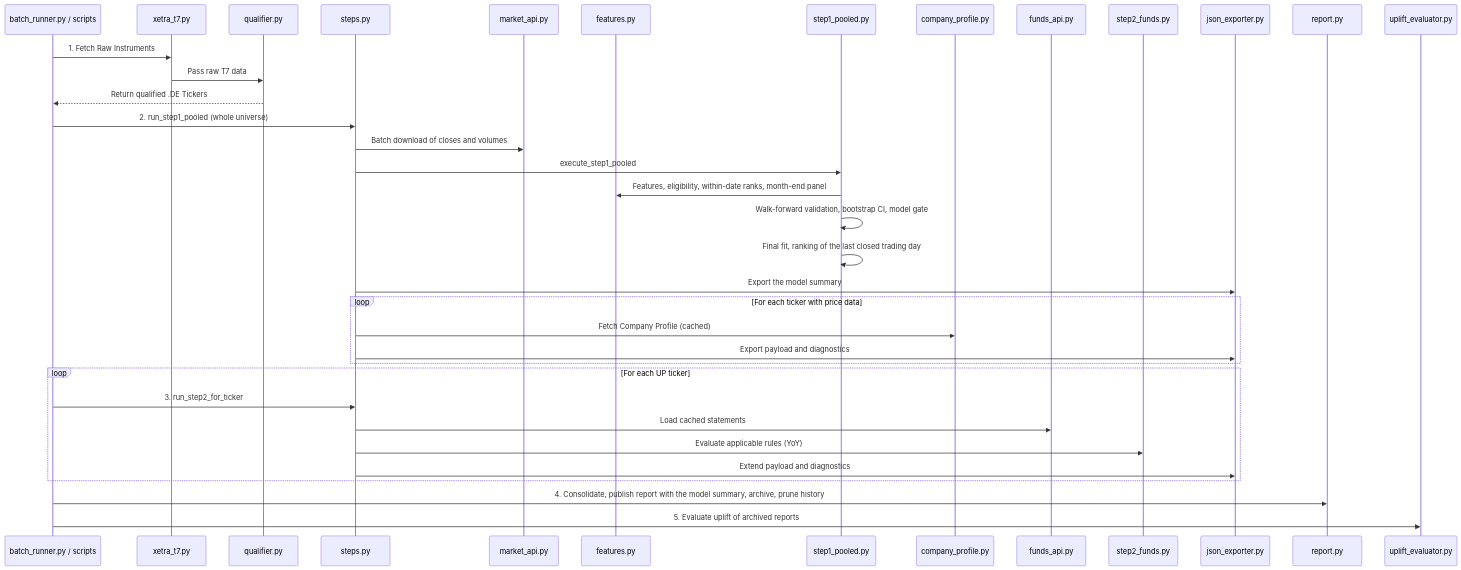
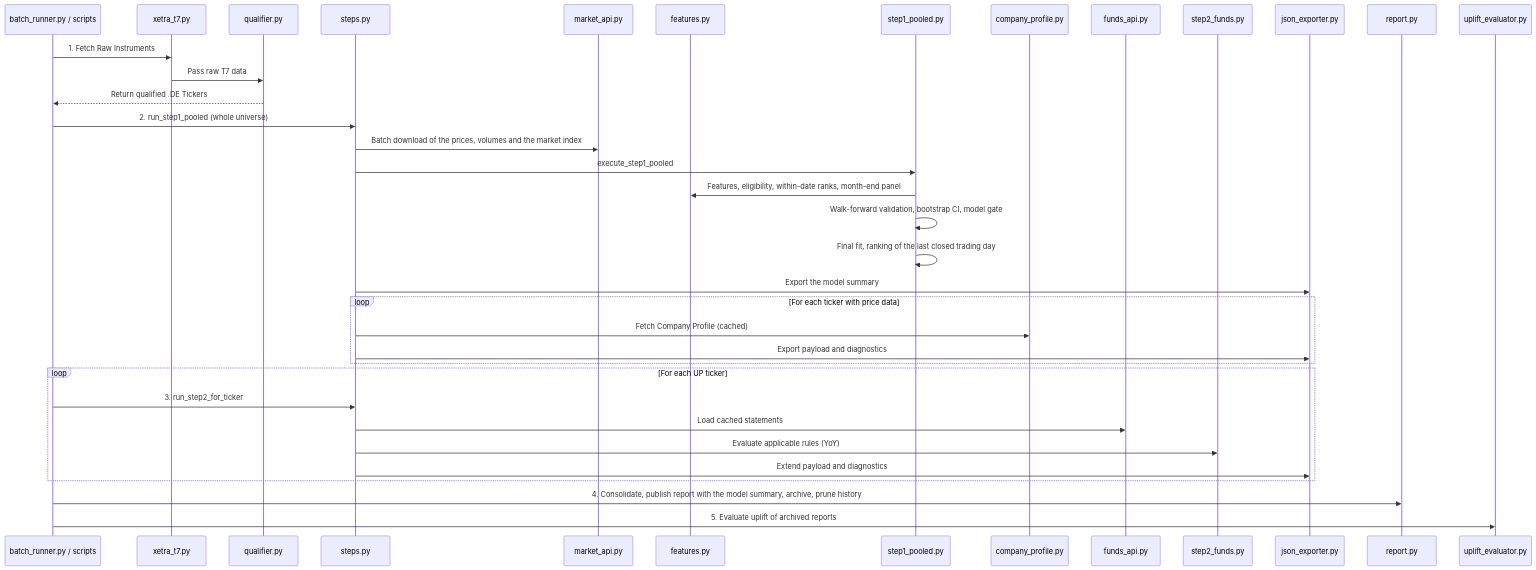
Before and after one commit to kleinnconrad/ml.prediction.stocks: the first of 2 diagrams in src/README.md, drawn with Mermaid. The commit also changed other lines of this file and 18 other files, not shown here.

````diff
--- a/src/README.md
+++ b/src/README.md
@@ -16,42 +16,42 @@
 ```mermaid
 sequenceDiagram
     participant BR as batch_runner.py / scripts
     participant T7 as xetra_t7.py
     participant QUAL as qualifier.py
     participant ST as steps.py
     participant MA as market_api.py
     participant FEAT as features.py
     participant S1 as step1_pooled.py
     participant CP as company_profile.py
     participant FA as funds_api.py
     participant S2 as step2_funds.py
     participant JE as json_exporter.py
     participant REP as report.py
     participant UP as uplift_evaluator.py
 
     BR->>T7: 1. Fetch Raw Instruments
     T7->>QUAL: Pass raw T7 data
     QUAL-->>BR: Return qualified .DE Tickers
 
     BR->>ST: 2. run_step1_pooled (whole universe)
-    ST->>MA: Batch download of closes and volumes
+    ST->>MA: Batch download of the prices, volumes and the market index
     ST->>S1: execute_step1_pooled
     S1->>FEAT: Features, eligibility, within-date ranks, month-end panel
     S1->>S1: Walk-forward validation, bootstrap CI, model gate
     S1->>S1: Final fit, ranking of the last closed trading day
     ST->>JE: Export the model summary
     loop For each ticker with price data
         ST->>CP: Fetch Company Profile (cached)
         ST->>JE: Export payload and diagnostics
     end
 
     loop For each UP ticker
         BR->>ST: 3. run_step2_for_ticker
         ST->>FA: Load cached statements
         ST->>S2: Evaluate applicable rules (YoY)
         ST->>JE: Extend payload and diagnostics
     end
 
     BR->>REP: 4. Consolidate, publish report with the model summary, archive, prune history
     BR->>UP: 5. Evaluate uplift of archived reports
 ```
````
